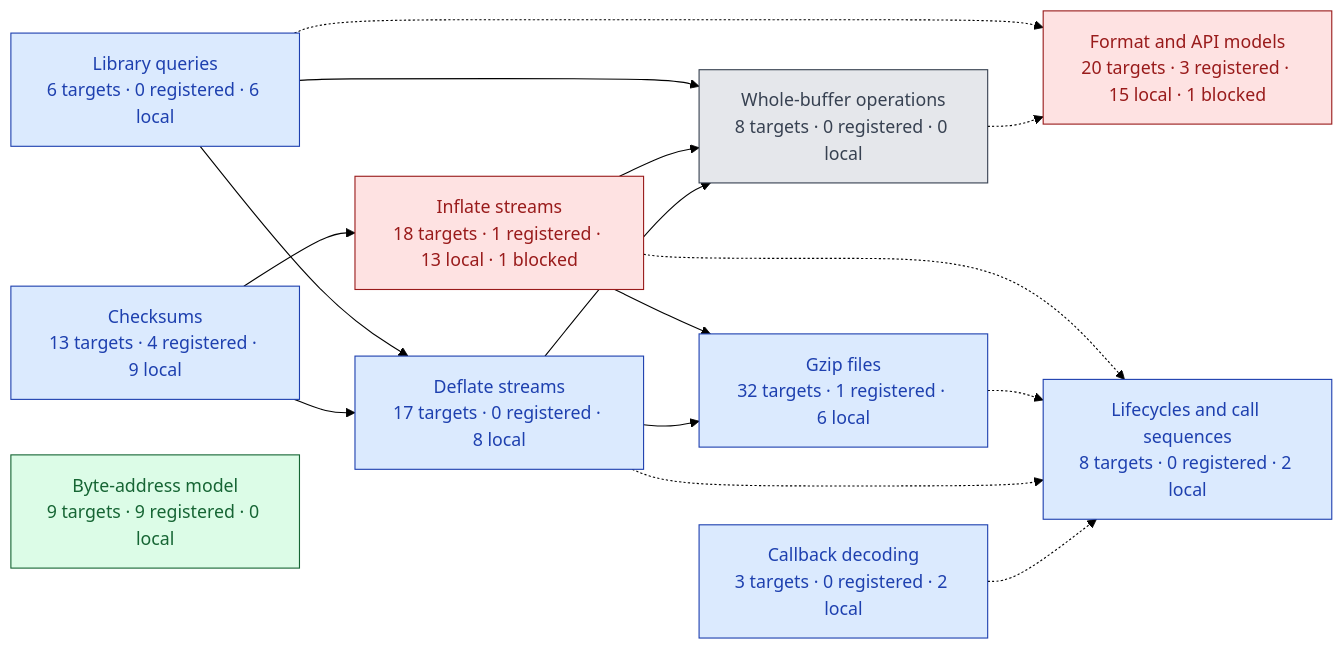
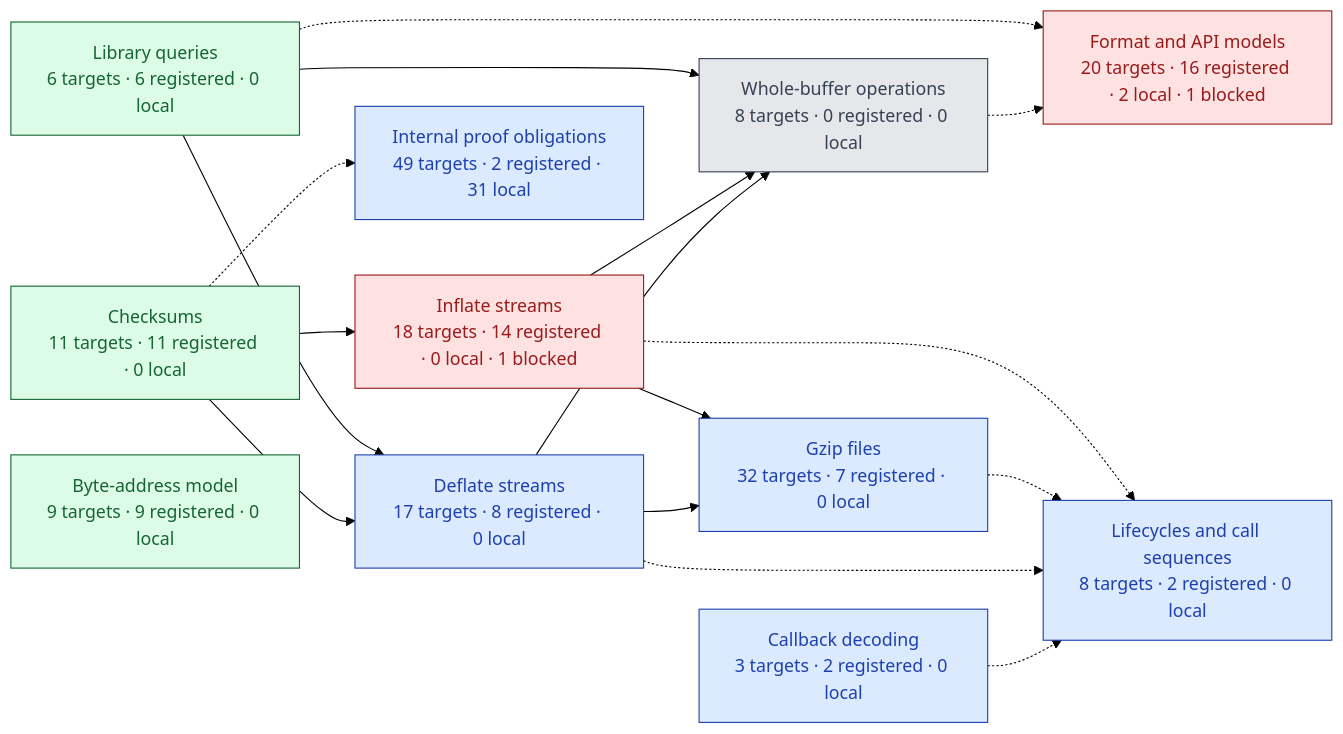
The diagram in docs/overview.md (cla7aye15I4nd/zlib-f), drawn with Mermaid (forest theme) before and after one commit. The commit also changed other lines of this file and 35 other files, not shown here.

First line of the commit message:
Register 59 existing proof targets with acceptance checks

````diff
--- a/docs/overview.md
+++ b/docs/overview.md
@@ -35,41 +35,44 @@
 ```mermaid
 flowchart LR
-  queries["Library queries<br/>6 targets · 0 registered · 6 local"]:::local
-  checksums["Checksums<br/>13 targets · 4 registered · 9 local"]:::local
+  queries["Library queries<br/>6 targets · 6 registered · 0 local"]:::registered
+  checksums["Checksums<br/>11 targets · 11 registered · 0 local"]:::registered
   addresses["Byte-address model<br/>9 targets · 9 registered · 0 local"]:::registered
-  inflate["Inflate streams<br/>18 targets · 1 registered · 13 local · 1 blocked"]:::blocked
-  deflate["Deflate streams<br/>17 targets · 0 registered · 8 local"]:::local
-  back["Callback decoding<br/>3 targets · 0 registered · 2 local"]:::local
-  gzip["Gzip files<br/>32 targets · 1 registered · 6 local"]:::local
+  inflate["Inflate streams<br/>18 targets · 14 registered · 0 local · 1 blocked"]:::blocked
+  deflate["Deflate streams<br/>17 targets · 8 registered · 0 local"]:::local
+  back["Callback decoding<br/>3 targets · 2 registered · 0 local"]:::local
+  gzip["Gzip files<br/>32 targets · 7 registered · 0 local"]:::local
   buffers["Whole-buffer operations<br/>8 targets · 0 registered · 0 local"]:::open
-  models["Format and API models<br/>20 targets · 3 registered · 15 local · 1 blocked"]:::blocked
-  lifecycle["Lifecycles and call sequences<br/>8 targets · 0 registered · 2 local"]:::local
+  models["Format and API models<br/>20 targets · 16 registered · 2 local · 1 blocked"]:::blocked
+  lifecycle["Lifecycles and call sequences<br/>8 targets · 2 registered · 0 local"]:::local
+  internal["Internal proof obligations<br/>49 targets · 2 registered · 31 local"]:::local
   back -.-> lifecycle
   buffers -.-> models
   checksums --> deflate
   checksums --> inflate
+  checksums -.-> internal
   deflate --> buffers
   deflate --> gzip
   deflate -.-> lifecycle
   gzip -.-> lifecycle
   inflate --> buffers
   inflate --> gzip
   inflate -.-> lifecycle
   queries --> buffers
   queries --> deflate
   queries -.-> models
-  click queries href "https://github.com/cla7aye15I4nd/zlib-f/blob/f24d2e048ce952887adf94dffcab0e3b5da9e2e9/docs/progress.md#group-queries" "Open group index or specifications" _blank
-  click checksums href "https://github.com/cla7aye15I4nd/zlib-f/blob/f24d2e048ce952887adf94dffcab0e3b5da9e2e9/docs/progress.md#group-checksums" "Open group index or specifications" _blank
-  click addresses href "https://github.com/cla7aye15I4nd/zlib-f/blob/f24d2e048ce952887adf94dffcab0e3b5da9e2e9/docs/progress.md#group-addresses" "Open group index or specifications" _blank
-  click inflate href "https://github.com/cla7aye15I4nd/zlib-f/blob/f24d2e048ce952887adf94dffcab0e3b5da9e2e9/docs/progress.md#group-inflate" "Open group index or specifications" _blank
-  click deflate href "https://github.com/cla7aye15I4nd/zlib-f/blob/f24d2e048ce952887adf94dffcab0e3b5da9e2e9/docs/progress.md#group-deflate" "Open group index or specifications" _blank
-  click back href "https://github.com/cla7aye15I4nd/zlib-f/blob/f24d2e048ce952887adf94dffcab0e3b5da9e2e9/docs/progress.md#group-back" "Open group index or specifications" _blank
-  click gzip href "https://github.com/cla7aye15I4nd/zlib-f/blob/f24d2e048ce952887adf94dffcab0e3b5da9e2e9/docs/progress.md#group-gzip" "Open group index or specifications" _blank
-  click buffers href "https://github.com/cla7aye15I4nd/zlib-f/blob/f24d2e048ce952887adf94dffcab0e3b5da9e2e9/docs/progress.md#group-buffers" "Open group index or specifications" _blank
-  click models href "https://github.com/cla7aye15I4nd/zlib-f/blob/f24d2e048ce952887adf94dffcab0e3b5da9e2e9/docs/progress.md#group-models" "Open group index or specifications" _blank
-  click lifecycle href "https://github.com/cla7aye15I4nd/zlib-f/blob/f24d2e048ce952887adf94dffcab0e3b5da9e2e9/docs/progress.md#group-lifecycle" "Open group index or specifications" _blank
+  click queries href "https://github.com/cla7aye15I4nd/zlib-f/blob/2b1791c4122de3c2a860727faf6ff817ce0fe739/docs/progress.md#group-queries" "Open group index or specifications" _blank
+  click checksums href "https://github.com/cla7aye15I4nd/zlib-f/blob/2b1791c4122de3c2a860727faf6ff817ce0fe739/docs/progress.md#group-checksums" "Open group index or specifications" _blank
+  click addresses href "https://github.com/cla7aye15I4nd/zlib-f/blob/2b1791c4122de3c2a860727faf6ff817ce0fe739/docs/progress.md#group-addresses" "Open group index or specifications" _blank
+  click inflate href "https://github.com/cla7aye15I4nd/zlib-f/blob/2b1791c4122de3c2a860727faf6ff817ce0fe739/docs/progress.md#group-inflate" "Open group index or specifications" _blank
+  click deflate href "https://github.com/cla7aye15I4nd/zlib-f/blob/2b1791c4122de3c2a860727faf6ff817ce0fe739/docs/progress.md#group-deflate" "Open group index or specifications" _blank
+  click back href "https://github.com/cla7aye15I4nd/zlib-f/blob/2b1791c4122de3c2a860727faf6ff817ce0fe739/docs/progress.md#group-back" "Open group index or specifications" _blank
+  click gzip href "https://github.com/cla7aye15I4nd/zlib-f/blob/2b1791c4122de3c2a860727faf6ff817ce0fe739/docs/progress.md#group-gzip" "Open group index or specifications" _blank
+  click buffers href "https://github.com/cla7aye15I4nd/zlib-f/blob/2b1791c4122de3c2a860727faf6ff817ce0fe739/docs/progress.md#group-buffers" "Open group index or specifications" _blank
+  click models href "https://github.com/cla7aye15I4nd/zlib-f/blob/2b1791c4122de3c2a860727faf6ff817ce0fe739/docs/progress.md#group-models" "Open group index or specifications" _blank
+  click lifecycle href "https://github.com/cla7aye15I4nd/zlib-f/blob/2b1791c4122de3c2a860727faf6ff817ce0fe739/docs/progress.md#group-lifecycle" "Open group index or specifications" _blank
+  click internal href "https://github.com/cla7aye15I4nd/zlib-f/tree/2b1791c4122de3c2a860727faf6ff817ce0fe739/ZlibF" "Open group index or specifications" _blank
   classDef registered fill:#dcfce7,color:#166534,stroke:#166534
   classDef local fill:#dbeafe,color:#1e40af,stroke:#1e40af
   classDef open fill:#e5e7eb,color:#374151,stroke:#374151
   classDef blocked fill:#fee2e2,color:#991b1b,stroke:#991b1b
 ```
````
